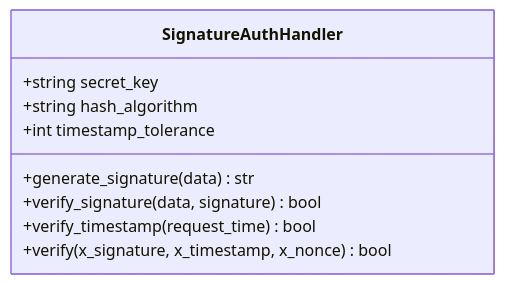
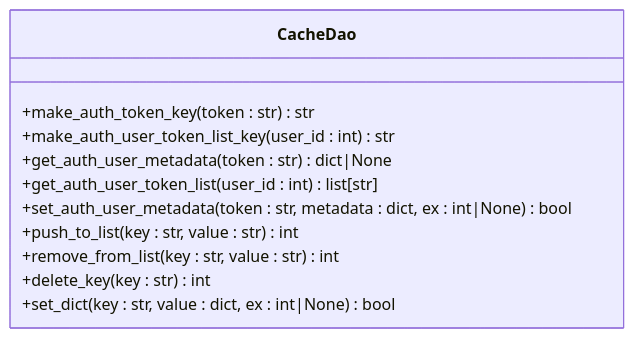
One commit to lilinzezzzzzz/fastapi-backend changed the fourth of 9 diagrams in .qoder/repowiki/zh/content/安全认证机制/安全认证机制.md. Above: the diagram before and after it, drawn with Mermaid. The commit also changed other lines of this file and 42 other files, not shown here.

````diff
--- a/.qoder/repowiki/zh/content/安全认证机制/安全认证机制.md
+++ b/.qoder/repowiki/zh/content/安全认证机制/安全认证机制.md
@@ -194,12 +219,14 @@
 ```mermaid
 classDiagram
-class SignatureAuthHandler {
-+string secret_key
-+string hash_algorithm
-+int timestamp_tolerance
-+generate_signature(data) str
-+verify_signature(data, signature) bool
-+verify_timestamp(request_time) bool
-+verify(x_signature, x_timestamp, x_nonce) bool
+class CacheDao {
++make_auth_token_key(token : str) str
++make_auth_user_token_list_key(user_id : int) str
++get_auth_user_metadata(token : str) dict|None
++get_auth_user_token_list(user_id : int) list[str]
++set_auth_user_metadata(token : str, metadata : dict, ex : int|None) bool
++push_to_list(key : str, value : str) int
++remove_from_list(key : str, value : str) int
++delete_key(key : str) int
++set_dict(key : str, value : dict, ex : int|None) bool
 }
 ```
````
